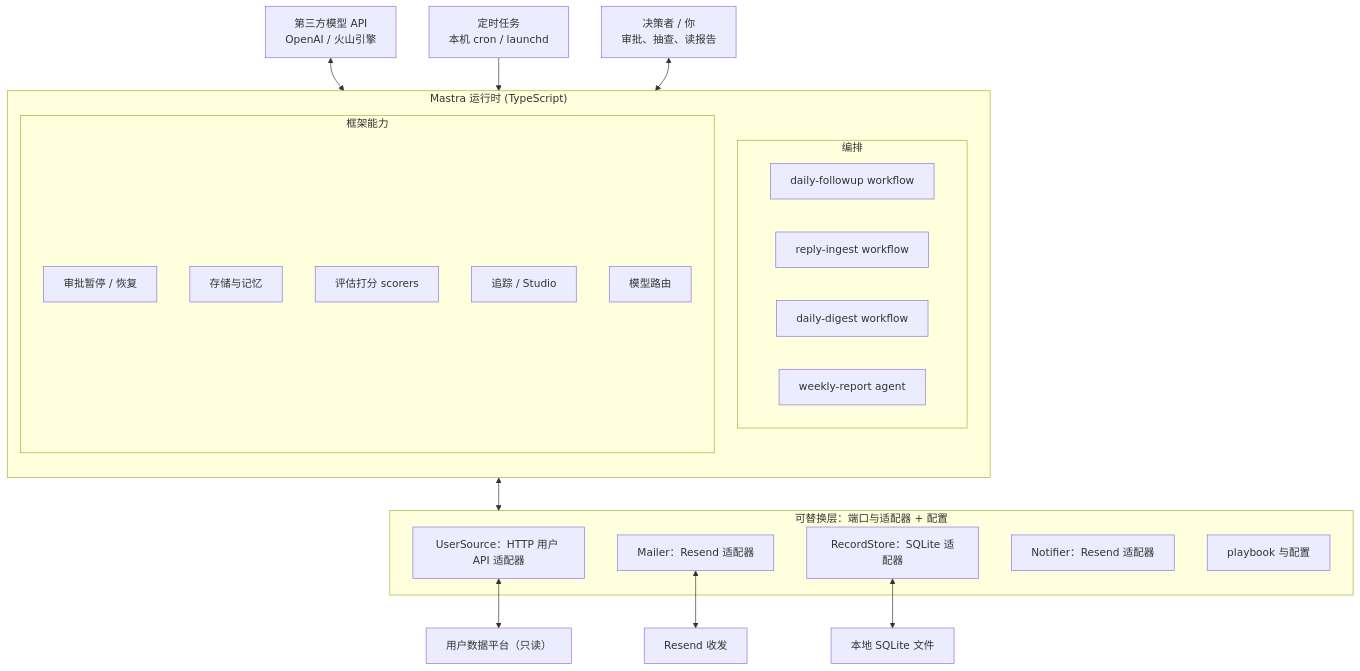
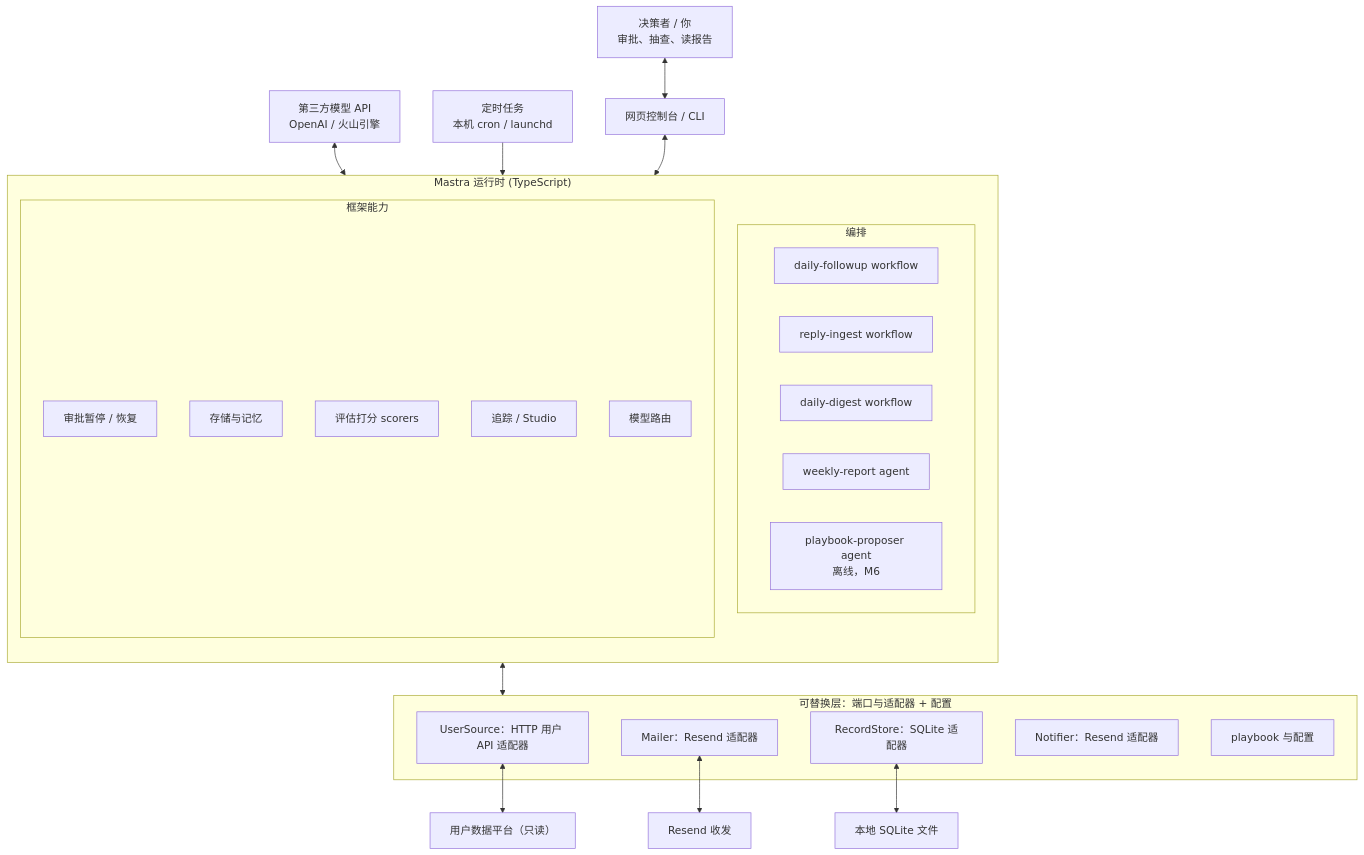
Before and after one commit to hidumou/followup-agent: the diagram in docs/01-architecture.md, drawn with Mermaid. The commit also changed other lines of this file and 20 other files, not shown here.

````diff
--- a/docs/01-architecture.md
+++ b/docs/01-architecture.md
@@ -12,37 +12,39 @@
 ```mermaid
 flowchart TB
   CRON["定时任务<br/>本机 cron / launchd"] --> RT
-  HUMAN["决策者 / 你<br/>审批、抽查、读报告"] <--> RT
+  HUMAN["决策者 / 你<br/>审批、抽查、读报告"] <--> UI["网页控制台 / CLI"]
+  UI <--> RT
 
   subgraph RT["Mastra 运行时 (TypeScript)"]
     direction TB
     subgraph WF["编排"]
       W1["daily-followup workflow"]
       W2["reply-ingest workflow"]
       W3["daily-digest workflow"]
       W4["weekly-report agent"]
+      W5["playbook-proposer agent<br/>离线，M6"]
     end
     subgraph CAP["框架能力"]
       C1["审批暂停 / 恢复"]
       C2["存储与记忆"]
       C3["评估打分 scorers"]
       C4["追踪 / Studio"]
       C5["模型路由"]
     end
   end
 
   LLM["第三方模型 API<br/>OpenAI / 火山引擎"] <--> C5
 
   subgraph SWAP["可替换层：端口与适配器 + 配置"]
     P1["UserSource：HTTP 用户 API 适配器"]
     P2["Mailer：Resend 适配器"]
     P3["RecordStore：SQLite 适配器"]
     P4["Notifier：Resend 适配器"]
     CFG["playbook 与配置"]
   end
 
   RT <--> SWAP
   P1 <--> E1["用户数据平台（只读）"]
   P2 <--> E2["Resend 收发"]
   P3 <--> E3["本地 SQLite 文件"]
 ```
````
